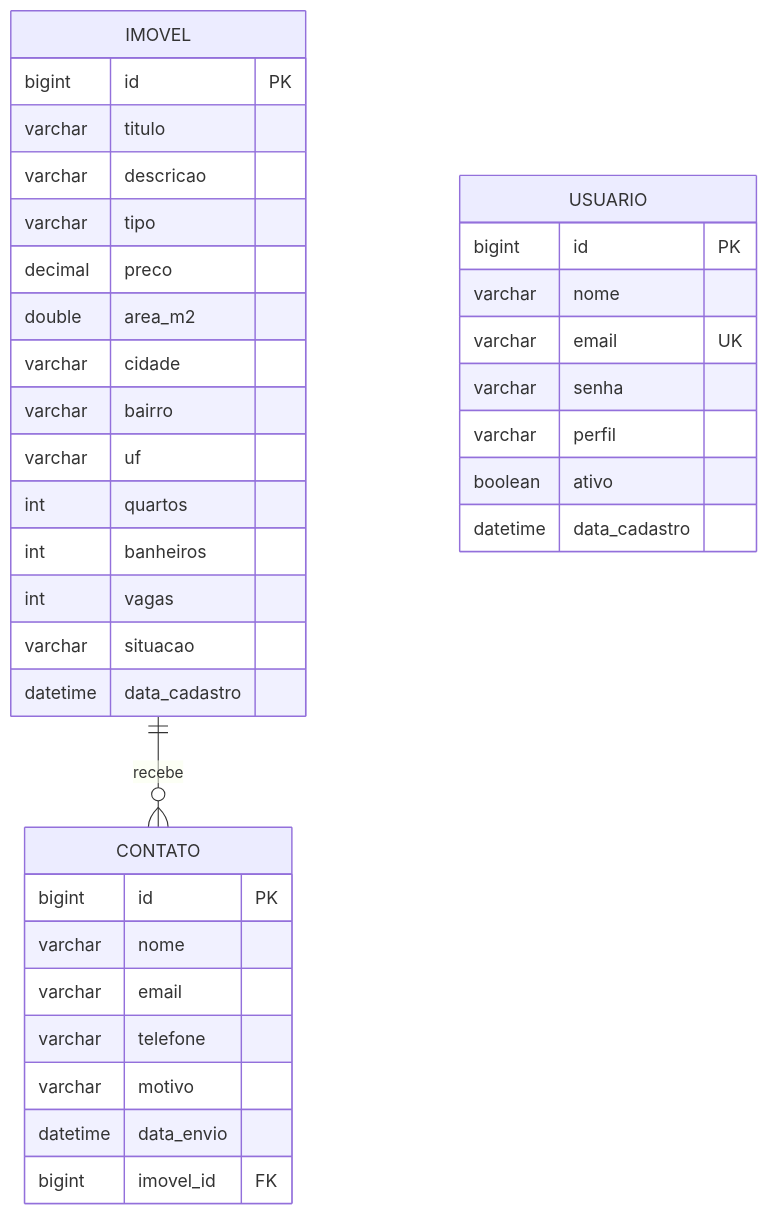
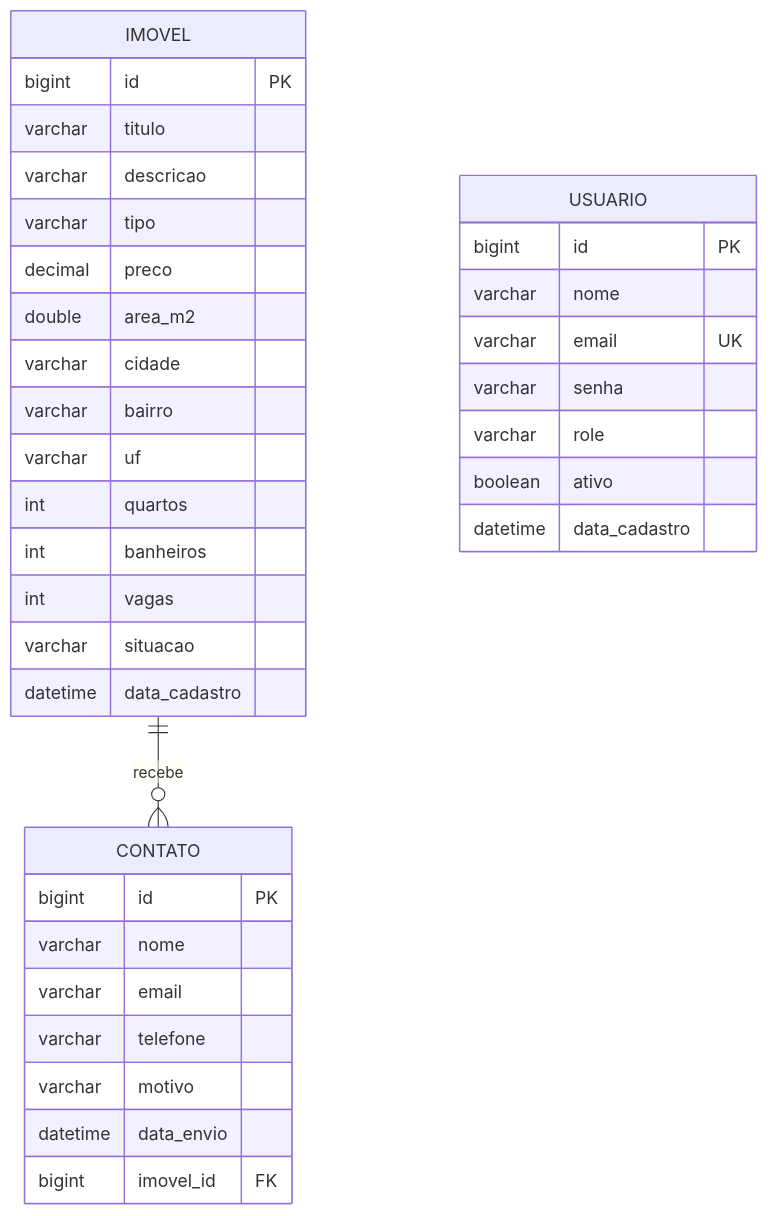
Before and after one commit to victornbjj/lc-construtora-api: the diagram in docs/04-modelagem_banco_de_dados.md, drawn with Mermaid. The commit also changed other lines of this file and 1 other file, not shown here.

Commit message:
fix: alterar o enum perfil para role

````diff
--- a/docs/04-modelagem_banco_de_dados.md
+++ b/docs/04-modelagem_banco_de_dados.md
@@ -9,41 +9,41 @@
 ```mermaid
 erDiagram
     IMOVEL ||--o{ CONTATO : recebe
 
     IMOVEL {
         bigint id PK
         varchar titulo
         varchar descricao
         varchar tipo
         decimal preco
         double area_m2
         varchar cidade
         varchar bairro
         varchar uf
         int quartos
         int banheiros
         int vagas
         varchar situacao
         datetime data_cadastro
     }
 
     CONTATO {
         bigint id PK
         varchar nome
         varchar email
         varchar telefone
         varchar motivo
         datetime data_envio
         bigint imovel_id FK
     }
 
     USUARIO {
         bigint id PK
         varchar nome
         varchar email UK
         varchar senha
-        varchar perfil
+        varchar role
         boolean ativo
         datetime data_cadastro
     }
 ```
````
